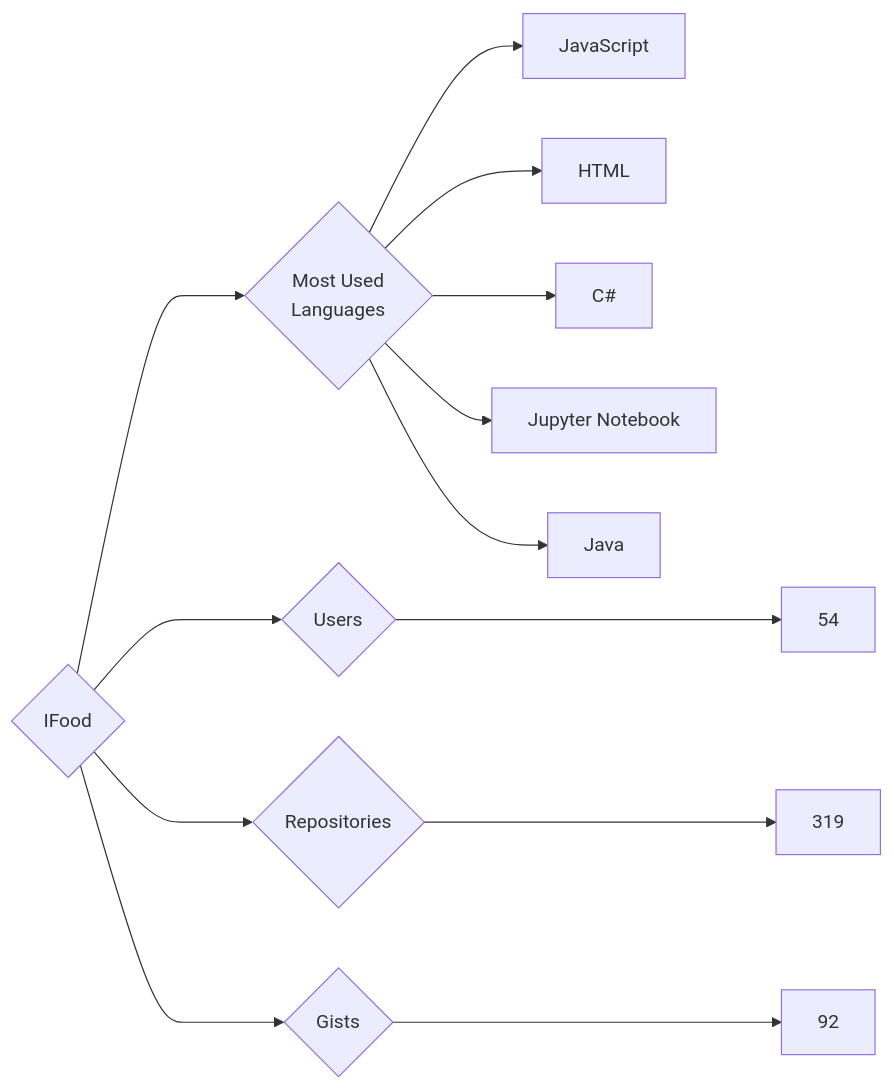
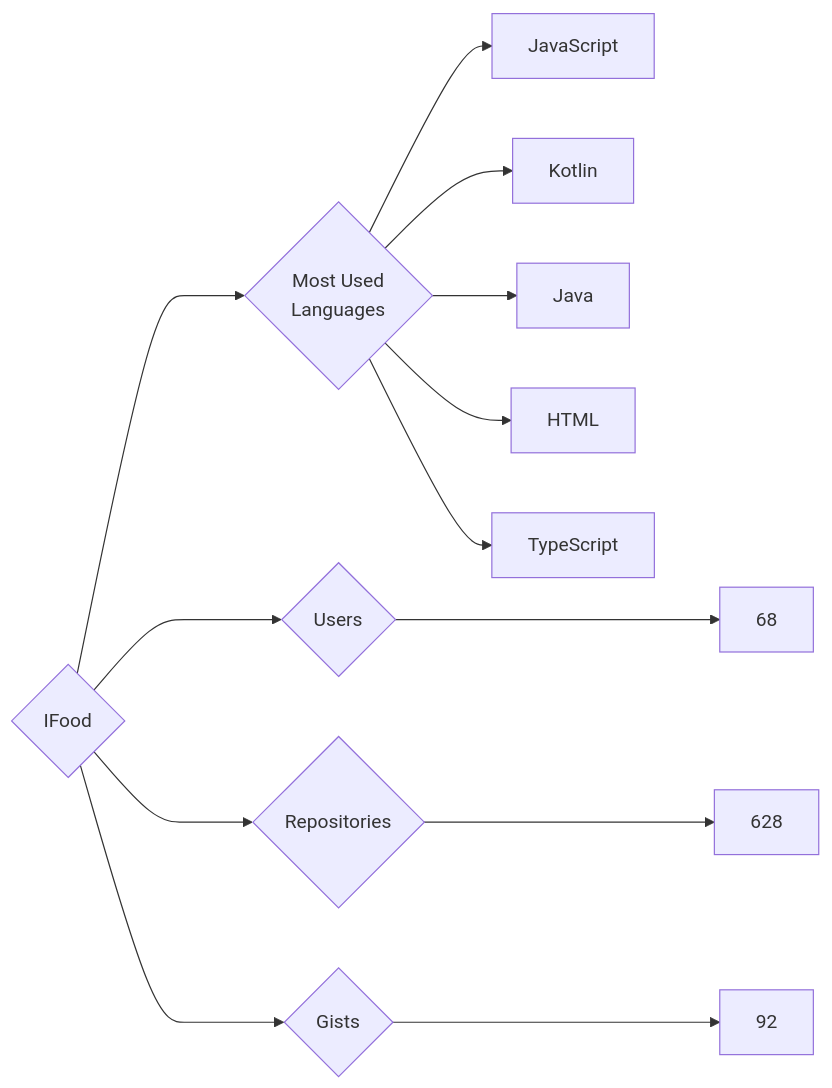
The diagram in targets/IFood/README.md (trickest/insiders), drawn with Mermaid before and after one commit. The commit also changed 899 other files, not shown here.

````diff
--- a/targets/IFood/README.md
+++ b/targets/IFood/README.md
@@ -3,13 +3,13 @@
 ```mermaid
 graph LR
 COMPANY_NAME{IFood}
-COMPANY_NAME ---> U{Users} ---> UN[54]
-COMPANY_NAME ---> R{Repositories} ---> RN[319]
+COMPANY_NAME ---> U{Users} ---> UN[68]
+COMPANY_NAME ---> R{Repositories} ---> RN[628]
 COMPANY_NAME ---> G{Gists} ---> GN[92]
 COMPANY_NAME ---> ML{Most Used<br>Languages}
 ML --> JavaScript[JavaScript]
+ML --> Kotlin[Kotlin]
+ML --> Java[Java]
 ML --> HTML[HTML]
-ML --> C#[C#]
-ML --> Jupyter_Notebook[Jupyter Notebook]
-ML --> Java[Java]
+ML --> TypeScript[TypeScript]
 ```
````
